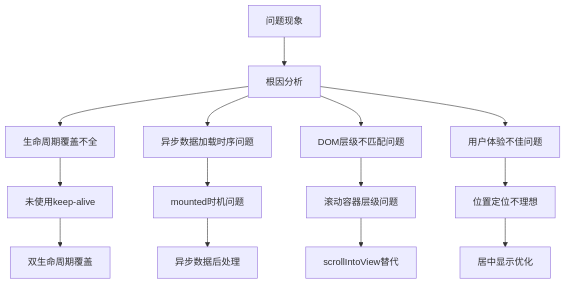
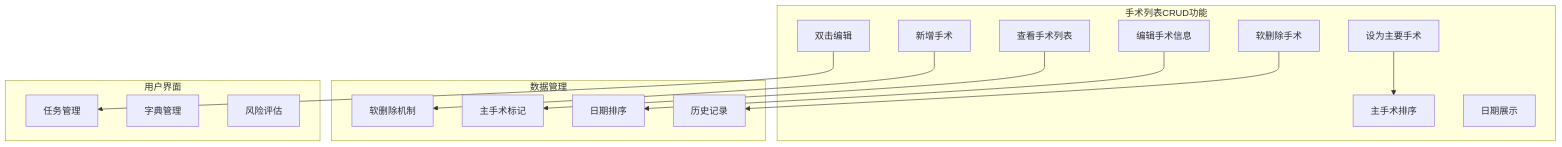
Diagram 11 of 16 in .qoder/repowiki/zh/content/Update Summary/Update Summary.md (liuzh2008/med_ai_assistant_workspace), drawn with Mermaid before and after one commit. The commit also changed other lines of this file and 3 other files, not shown here.

````diff
--- a/.qoder/repowiki/zh/content/Update Summary/Update Summary.md
+++ b/.qoder/repowiki/zh/content/Update Summary/Update Summary.md
@@ -512,16 +478,30 @@
 ```mermaid
-flowchart TD
-Problem[问题现象] --> RootCause[根因分析]
-RootCause --> LifecycleIssue[生命周期覆盖不全]
-RootCause --> AsyncIssue[异步数据加载时序问题]
-RootCause --> DOMIssue[DOM层级不匹配问题]
-RootCause --> UXIssue[用户体验不佳问题]
-LifecycleIssue --> KeepAliveIssue[未使用keep-alive]
-AsyncIssue --> MountIssue[mounted时机问题]
-DOMIssue --> ScrollContainerIssue[滚动容器层级问题]
-UXIssue --> PositionIssue[位置定位不理想]
-KeepAliveIssue --> Solution1[双生命周期覆盖]
-MountIssue --> Solution2[异步数据后处理]
-ScrollContainerIssue --> Solution3[scrollIntoView替代]
-PositionIssue --> Solution4[居中显示优化]
+graph TB
+subgraph "手术列表CRUD功能"
+Create[新增手术]
+Read[查看手术列表]
+Update[编辑手术信息]
+Delete[软删除手术]
+SetPrimary[设为主要手术]
+Sort[主手术排序]
+DateDisplay[日期展示]
+DoubleClick[双击编辑]
+end
+subgraph "数据管理"
+SoftDelete[软删除机制]
+PrimarySurgery[主手术标记]
+DateSorting[日期排序]
+History[历史记录]
+end
+subgraph "用户界面"
+TaskManagement[任务管理]
+Dictionary[字典管理]
+RiskAssessment[风险评估]
+end
+Create --> SoftDelete
+Read --> PrimarySurgery
+Update --> DateSorting
+Delete --> History
+SetPrimary --> Sort
+DoubleClick --> TaskManagement
 ```
````
